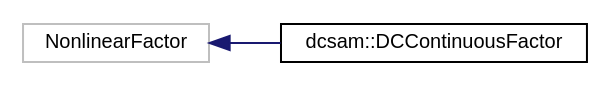
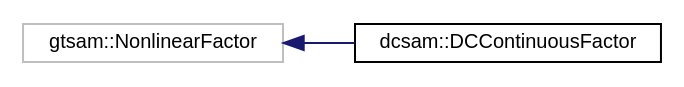
One commit to MarineRoboticsGroup/dcsam changed the diagram in inherit_graph_0.dot. Above: the diagram before and after it, drawn with Graphviz. The commit also changed 230 other files, not shown here.

```diff
--- a/inherit_graph_0.dot
+++ b/inherit_graph_0.dot
@@ -1,10 +1,10 @@
 digraph "Graphical Class Hierarchy"
 {
  // LATEX_PDF_SIZE
   edge [fontname="Helvetica",fontsize="10",labelfontname="Helvetica",labelfontsize="10"];
   node [fontname="Helvetica",fontsize="10",shape=record];
   rankdir="LR";
-  Node1 [label="NonlinearFactor",height=0.2,width=0.4,color="grey75", fillcolor="white", style="filled",tooltip=" "];
-  Node1 -> Node0 [dir="back",color="midnightblue",fontsize="10",style="solid",fontname="Helvetica"];
+  Node20 [label="gtsam::NonlinearFactor",height=0.2,width=0.4,color="grey75", fillcolor="white", style="filled",tooltip=" "];
+  Node20 -> Node0 [dir="back",color="midnightblue",fontsize="10",style="solid",fontname="Helvetica"];
   Node0 [label="dcsam::DCContinuousFactor",height=0.2,width=0.4,color="black", fillcolor="white", style="filled",URL="$classdcsam_1_1_d_c_continuous_factor.html",tooltip="Implementation of a discrete-continuous factor. This is used internally within the DCSAM solver...."];
 }
```
